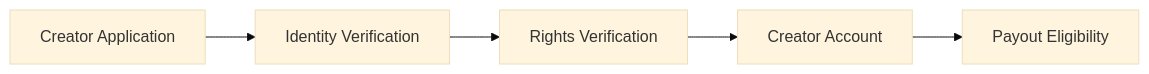
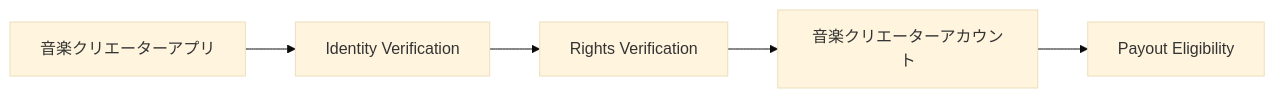
Before and after one commit to ShigeichiroYamasaki/creator-first-platform: the fifth of 48 diagrams in docs/whitepaper/10-security.md, drawn with Mermaid (base theme). The commit also changed other lines of this file and 67 other files, not shown here.

````diff
--- a/docs/whitepaper/10-security.md
+++ b/docs/whitepaper/10-security.md
@@ -200,10 +200,10 @@
 ```mermaid
 flowchart LR
-    APPLY[Creator Application]
+    APPLY[音楽クリエーターアプリ]
     ID[Identity Verification]
     RIGHTS[Rights Verification]
-    ACCOUNT[Creator Account]
+    ACCOUNT[音楽クリエーターアカウント]
     PAYOUT[Payout Eligibility]
 
     APPLY --> ID --> RIGHTS --> ACCOUNT --> PAYOUT
 ```
````
